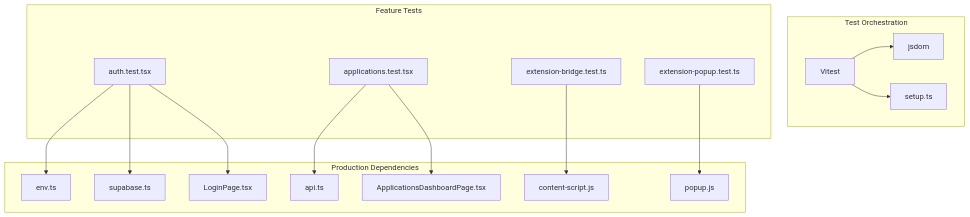
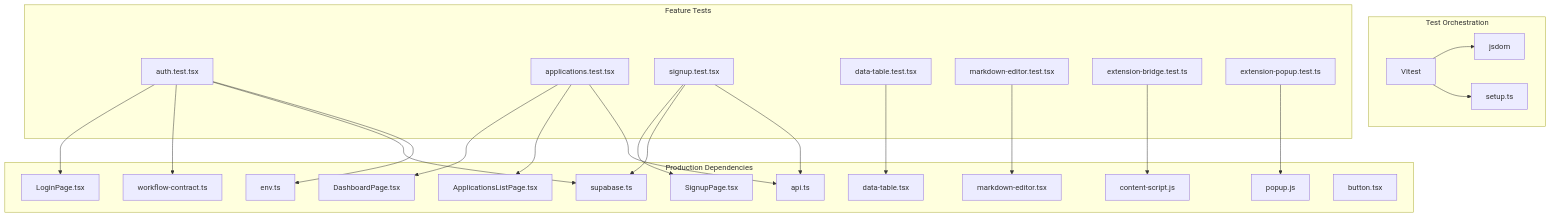
The second of 6 diagrams in .qoder/repowiki/en/content/Testing Strategy/Frontend Testing.md (sankaL/resume-app), drawn with Mermaid before and after one commit. The commit also changed other lines of this file and 11 other files, not shown here.

````diff
--- a/.qoder/repowiki/en/content/Testing Strategy/Frontend Testing.md
+++ b/.qoder/repowiki/en/content/Testing Strategy/Frontend Testing.md
@@ -132,32 +181,48 @@
 ```mermaid
 graph TB
 subgraph "Test Orchestration"
 vitest["Vitest"]
 jsdom["jsdom"]
 setup["setup.ts"]
 end
 subgraph "Feature Tests"
 authTests["auth.test.tsx"]
 appsTests["applications.test.tsx"]
+signupTests["signup.test.tsx"]
+dataTableTests["data-table.test.tsx"]
+markdownEditorTests["markdown-editor.test.tsx"]
 extBridgeTests["extension-bridge.test.ts"]
 extPopupTests["extension-popup.test.ts"]
 end
 subgraph "Production Dependencies"
 envDep["env.ts"]
 supabaseDep["supabase.ts"]
 apiDep["api.ts"]
+workflowContractDep["workflow-contract.ts"]
 loginComp["LoginPage.tsx"]
-dashComp["ApplicationsDashboardPage.tsx"]
+appsListComp["ApplicationsListPage.tsx"]
+dashboardComp["DashboardPage.tsx"]
+signupComp["SignupPage.tsx"]
 contentScriptDep["content-script.js"]
 popupDep["popup.js"]
+dataTableComp["data-table.tsx"]
+markdownEditorComp["markdown-editor.tsx"]
+buttonComp["button.tsx"]
 end
 vitest --> jsdom
 vitest --> setup
 authTests --> envDep
 authTests --> supabaseDep
+authTests --> workflowContractDep
 authTests --> loginComp
 appsTests --> apiDep
-appsTests --> dashComp
+appsTests --> appsListComp
+appsTests --> dashboardComp
+signupTests --> apiDep
+signupTests --> supabaseDep
+signupTests --> signupComp
+dataTableTests --> dataTableComp
+markdownEditorTests --> markdownEditorComp
 extBridgeTests --> contentScriptDep
 extPopupTests --> popupDep
 ```
````
